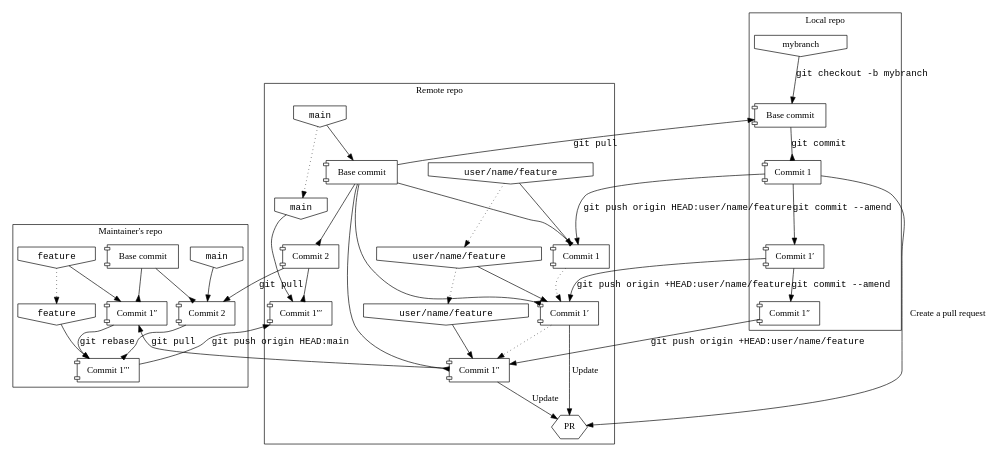
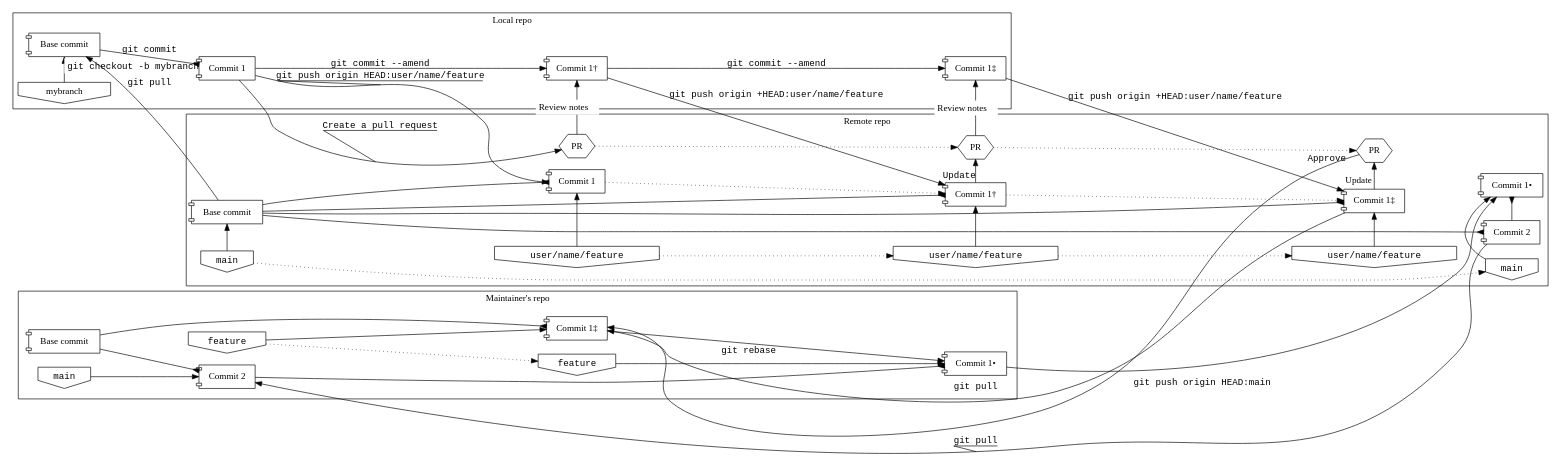
One commit to mathling-programming/lectures changed the seventh of 7 diagrams in source/gitanatomy.rst. Above: the diagram before and after it, drawn with Graphviz. The commit also changed other lines of this file and 1 other file, not shown here.

Commit message:
finalized lecture 1 notes

```diff
--- a/source/gitanatomy.rst
+++ b/source/gitanatomy.rst
@@ -369,74 +373,101 @@
 
    digraph {
       node [ shape = component ]
-      edge [ fontname = "monospace" ]
+      edge [ fontname = "monospace", labelfontname = "monospace" ]
+      rankdir = LR
+
       subgraph cluster_local {
          label = "Local repo"
 
-         base0 [ label = "Base commit" ]
+         subgraph {
+            rank = same
+            local [ shape = "invhouse", label = "mybranch" ]
+            base0 [ label = "Base commit" ]
+            local -> base0 [ xlabel = <<table bgcolor="white" border="0" cellborder="0"><tr><td>git checkout -b mybranch</td></tr></table>> ]
+         }
+
          commit1 [ label = "Commit 1" ]
-         local [ shape = "invhouse", label = "mybranch" ]
-         local -> base0 [ label = "git checkout -b mybranch" ]
          base0 -> commit1 [ arrowhead = inv, label = "git commit" ]
-         commit1prime [ label = "Commit 1&prime;" ]
+         commit1prime [ label = "Commit 1&dagger;" ]
          commit1 -> commit1prime [ label = "git commit --amend" ]
-         commit1prime2 [ label = "Commit 1&Prime;" ]
+         commit1prime2 [ label = "Commit 1&Dagger;" ]
          commit1prime -> commit1prime2 [ label = "git commit --amend" ]
       }
 
       subgraph cluster_remote {
          label = "Remote repo"
 
-         base [ label = "Base commit" ]
-         main [ shape = invhouse, label = "main", fontname = "monospace" ]
-         main -> base
-         commit1a [ label = "Commit 1" ]
-         userbranch [ shape = invhouse, label = "user/name/feature", fontname = "monospace" ]
-         userbranch -> commit1a
-         commit1primea [ label = "Commit 1&prime;" ]
-         userbranch1 [ shape = invhouse, label = "user/name/feature", fontname = "monospace" ]
-         userbranch1 -> commit1primea
-         commit1prime2a [ label = "Commit 1&Prime;" ]
-         userbranch2 [ shape = invhouse, label = "user/name/feature", fontname = "monospace" ]
-         userbranch2 -> commit1prime2a
+         subgraph {
+            rank = same
+            base [ label = "Base commit" ]
+            main [ shape = invhouse, label = "main", fontname = "monospace" ]
+            main -> base
+         }
 
+         subgraph {
+            rank = same
+            userbranch [ shape = invhouse, label = "user/name/feature", fontname = "monospace" ]
+            commit1a [ label = "Commit 1" ]
+            userbranch -> commit1a
+            pr [ shape = hexagon, label = "PR" ]
+         }
+         base -> commit1a [ arrowhead = inv ]
+
+         subgraph {
+            rank = same
+            userbranch1 [ shape = invhouse, label = "user/name/feature", fontname = "monospace" ]
+            commit1primea [ label = "Commit 1&dagger;" ]
+            userbranch1 -> commit1primea
+            pr0 [ shape = hexagon, label = "PR" ]
+         }
+
+         base -> commit1primea [ arrowhead = inv ]
          userbranch -> userbranch1 [ style = dotted ]
+         pr -> pr0 [ style = dotted ]
+         commit1a -> commit1primea [ style = dotted ]
+
+         subgraph {
+            rank = same
+            userbranch2 [ shape = invhouse, label = "user/name/feature", fontname = "monospace" ]
+            commit1prime2a [ label = "Commit 1&Dagger;" ]
+            userbranch2 -> commit1prime2a
+            pr1 [ shape = hexagon, label = "PR" ]
+         }
+
+         base -> commit1prime2a [ arrowhead = inv ]
          userbranch1 -> userbranch2 [ style = dotted ]
+         commit1primea -> commit1prime2a [ style = dotted ]
+         pr0 -> pr1 [ style = dotted ]
 
-         commit1a -> commit1primea [ style = dotted ]
-         commit1primea -> commit1prime2a [ style = dotted ]
+         subgraph {
+            rank = same
+            commit2a [ label = "Commit 2" ]
+            commit1x [ label = "Commit 1&bull;" ]
+            commit2a -> commit1x [ arrowhead = inv ]
 
-         commit2a [ label = "Commit 2" ]
+            main2 [ shape = invhouse, label = "main", fontname = "monospace" ]
+            main2 -> commit1x [ constraint = false ]
+         }
+
          base -> commit2a [ arrowhead = inv ]
-
-         commit1x [ label = "Commit 1&Prime;&prime;" ]
-         commit2a -> commit1x [ arrowhead = inv ]
-
-         main2 [ shape = invhouse, label = "main", fontname = "monospace" ]
-         main2 -> commit1x
          main -> main2 [ style = dotted ]
 
-         base -> commit1a [ arrowhead = inv ]
-         base -> commit1primea [ arrowhead = inv ]
-         base -> commit1prime2a [ arrowhead = inv ]
+         commit1prime2a -> commit1x [ style = invis ]
+         commit1prime2a -> main2 [ style = invis ]
 
-         commit1primea -> pr [ label = "Update", fontname = "serif" ]
-         commit1prime2a -> pr [ label = "Update", fontname = "serif" ]
-      }
-
-      subgraph cluster_pr {
-         label = "Pull requests"
-         pr [ shape = hexagon, label = "PR" ]
+         commit1primea -> pr0 [ xlabel = "Update", labelfontname = "serif" ]
+         commit1prime2a -> pr1 [ xlabel = "Update", fontname = "serif" ]
       }
 
       subgraph cluster_maintainer {
          label = "Maintainer's repo"
+         margin = 16
 
          baseb [ label = "Base commit" ]
          commit2b [ label = "Commit 2" ]
-         commit1prime3 [ label = "Commit 1&Prime;" ]
-         commit1prime4 [ label = "Commit 1&Prime;&prime;" ]
-         commit1prime3 -> commit1prime4 [ label = "git rebase" ]
+         commit1prime3 [ label = "Commit 1&Dagger;" ]
+         commit1prime4 [ label = "Commit 1&bull;" ]
+         commit1prime3 -> commit1prime4 [ xlabel = "git rebase" ]
          baseb -> commit2b [ arrowhead = inv ]
          baseb -> commit1prime3 [ arrowhead = inv ]
          commit2b -> commit1prime4 [ arrowhead = inv ]
@@ -451,16 +482,23 @@
          userbranchc -> commit1prime4
 
          userbranchb -> userbranchc [ style = dotted ]
+
+         baseb -> userbranchb [ style = invis ]
       }
 
       base -> base0 [ label = "git pull" ]
-      commit1 -> commit1a [ label = "git push origin HEAD:user/name/feature"]
-      commit1prime -> commit1primea [ label = "git push origin +HEAD:user/name/feature"]
-      commit1prime2 -> commit1prime2a [ label = "git push origin +HEAD:user/name/feature"]
 
-      commit2a -> commit2b [ label = "git pull" ]
-      commit1prime2a -> commit1prime3 [ label = "git pull" ]
-      commit1prime4 -> commit1x [ label = "git push origin HEAD:main" ]
+      commit1 -> pr [ label = "Create a pull request", decorate = true ]
 
-      commit1 -> pr [ label = "Create a pull request", fontname = "serif" ]
+      commit1 -> commit1a [ label = "git push origin HEAD:user/name/feature", constraint = false, decorate = true ]
+      commit1prime -> commit1primea [ label = "git push origin +HEAD:user/name/feature", constraint = false ]
+      commit1prime2 -> commit1prime2a [ label = "git push origin +HEAD:user/name/feature", constraint = false ]
+
+      commit2a -> commit2b [ label = "git pull", constraint = false, decorate = true ]
+      commit1prime2a -> commit1prime3 [ label = "git pull", constraint = false ]
+      commit1prime4 -> commit1x [ taillabel = "git push origin HEAD:main", constraint = false, labeldistance = 30, labelangle = 0 ]
+
+      pr -> commit1prime [ label = <<table bgcolor="white" border="0" cellborder="0"><tr><td>Review notes</td></tr></table>>, fontname = "serif", constraint = false ]
+      pr0 -> commit1prime2 [ label = <<table bgcolor="white" border="0" cellborder="0"><tr><td>Review notes</td></tr></table>>, fontname = "serif", constraint = false ]
+      pr1 -> commit1prime3 [ taillabel = "Approve", fontname = "serif", constraint = false, labeldistance = 5, labelangle = -10 ]
    }
```
